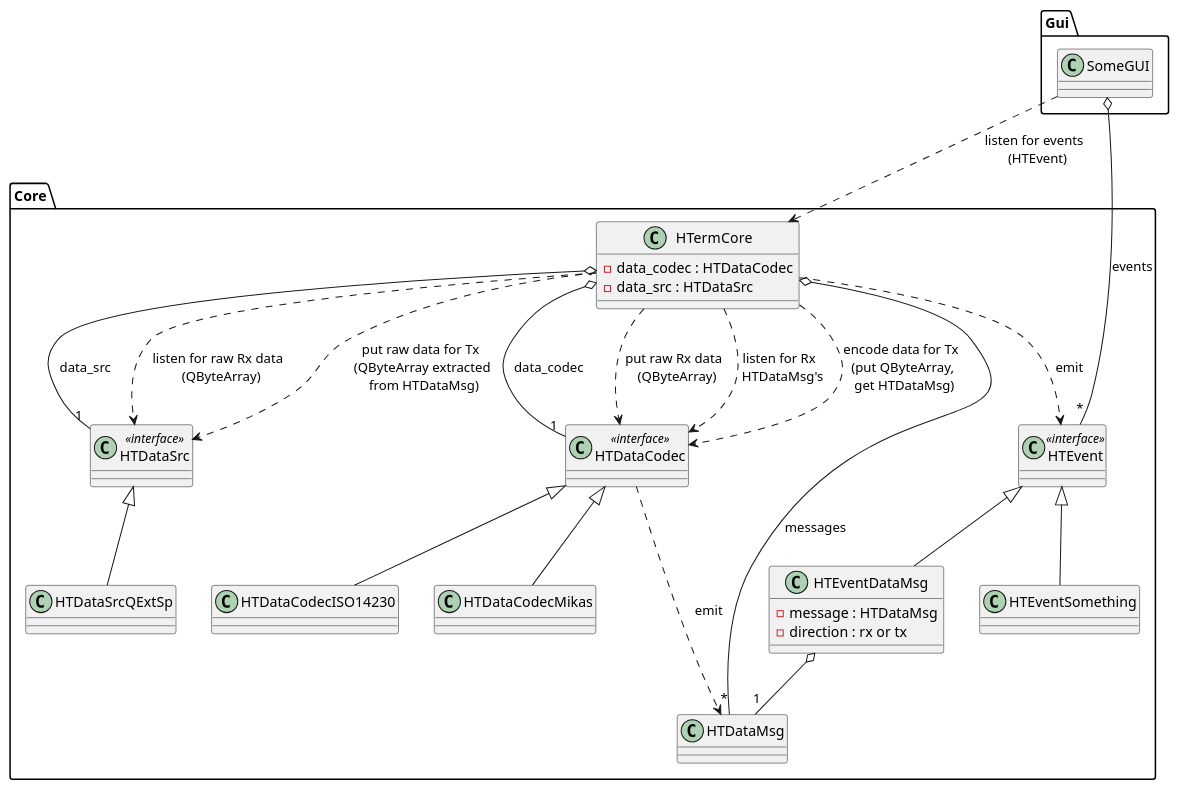
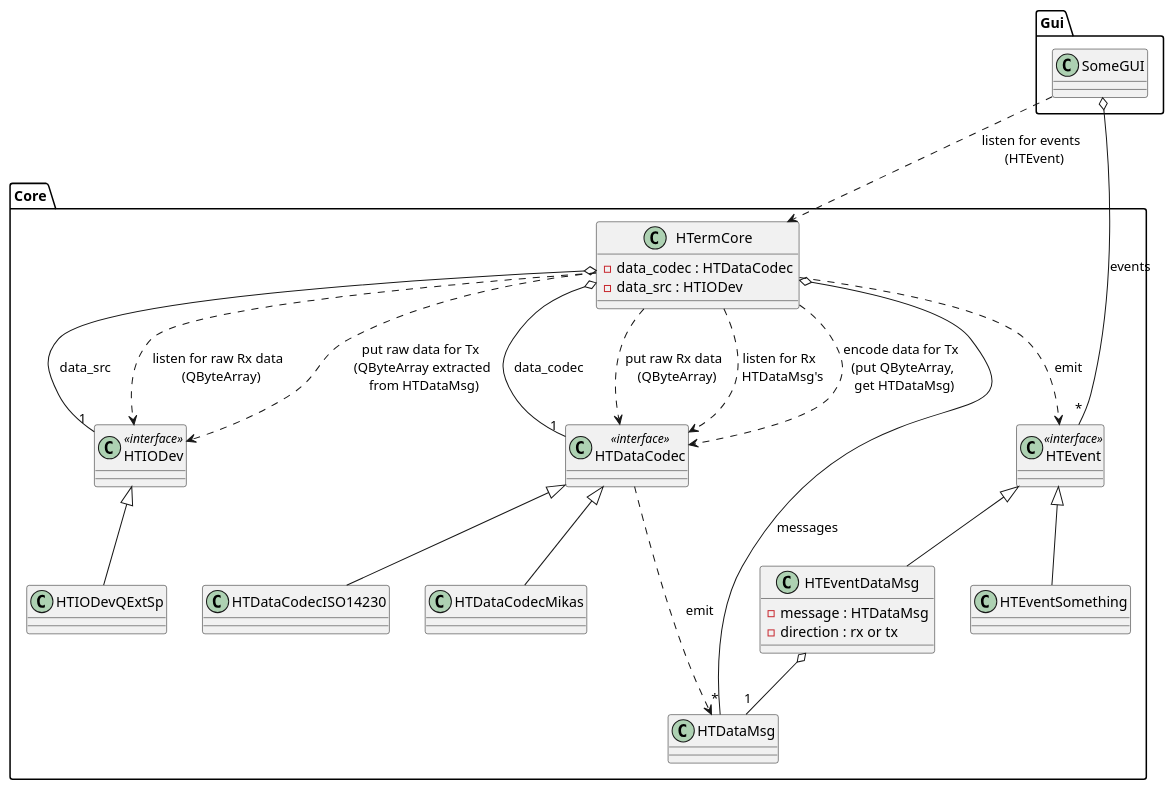
One commit to dimonomid/bterm changed the diagram in stuff/uml/hterm.pu. Above: the diagram before and after it, drawn with PlantUML. The commit also changed 11 other files, not shown here.

```diff
--- a/stuff/uml/hterm.pu
+++ b/stuff/uml/hterm.pu
@@ -1,85 +1,85 @@
 @startuml
 
 package "Core" {
 
 ' HTermCore {{{
 class HTermCore {
    -data_codec : HTDataCodec
-   -data_src : HTDataSrc
+   -data_src : HTIODev
 }
 ' }}}
 
-' HTDataSrc {{{
-class HTDataSrc <<interface>> {
+' HTIODev {{{
+class HTIODev <<interface>> {
 }
 
-class HTDataSrcQExtSp {
+class HTIODevQExtSp {
 }
 
-HTDataSrc <|-- HTDataSrcQExtSp
+HTIODev <|-- HTIODevQExtSp
 ' }}}
 
 ' HTDataCodec {{{
 class HTDataCodec <<interface>> {
 }
 
 class HTDataCodecISO14230 {
 }
 
 class HTDataCodecMikas {
 }
 
 HTDataCodec <|-- HTDataCodecISO14230
 HTDataCodec <|-- HTDataCodecMikas
 ' }}}
 
 ' HTDataMsg {{{
 class HTDataMsg {
 }
 ' }}}
 
 ' HTEvent {{{
 class HTEvent <<interface>> {
 }
 
 class HTEventDataMsg {
    -message : HTDataMsg
    -direction : rx or tx
 }
 
 class HTEventSomething {
 }
 
 HTEvent <|-- HTEventDataMsg
 HTEvent <|-- HTEventSomething
 ' }}}
 
 HTermCore o-- "1" HTDataCodec : data_codec
-HTermCore o-- "1" HTDataSrc : data_src
+HTermCore o-- "1" HTIODev : data_src
 HTermCore o-- "*" HTDataMsg : messages
 
 HTDataCodec ..> HTDataMsg : emit
 
-HTermCore ..> HTDataSrc   : listen for raw Rx data \n (QByteArray)
+HTermCore ..> HTIODev   : listen for raw Rx data \n (QByteArray)
 HTermCore ..> HTDataCodec : put raw Rx data \n (QByteArray)
 HTermCore ..> HTDataCodec : listen for Rx \n HTDataMsg's
 HTermCore ..> HTDataCodec : encode data for Tx \n (put QByteArray, \n get HTDataMsg)
-HTermCore ..> HTDataSrc   : put raw data for Tx \n (QByteArray extracted \n from HTDataMsg)
+HTermCore ..> HTIODev   : put raw data for Tx \n (QByteArray extracted \n from HTDataMsg)
 
 HTermCore ..> HTEvent : emit
 
 HTEventDataMsg o-- "1" HTDataMsg
 }
 
 package "Gui" {
 
    class SomeGUI {
    }
 
 }
 
 SomeGUI ..> HTermCore : listen for events \n (HTEvent)
 SomeGUI o-- "*" HTEvent : events
 
 
 @enduml
```
